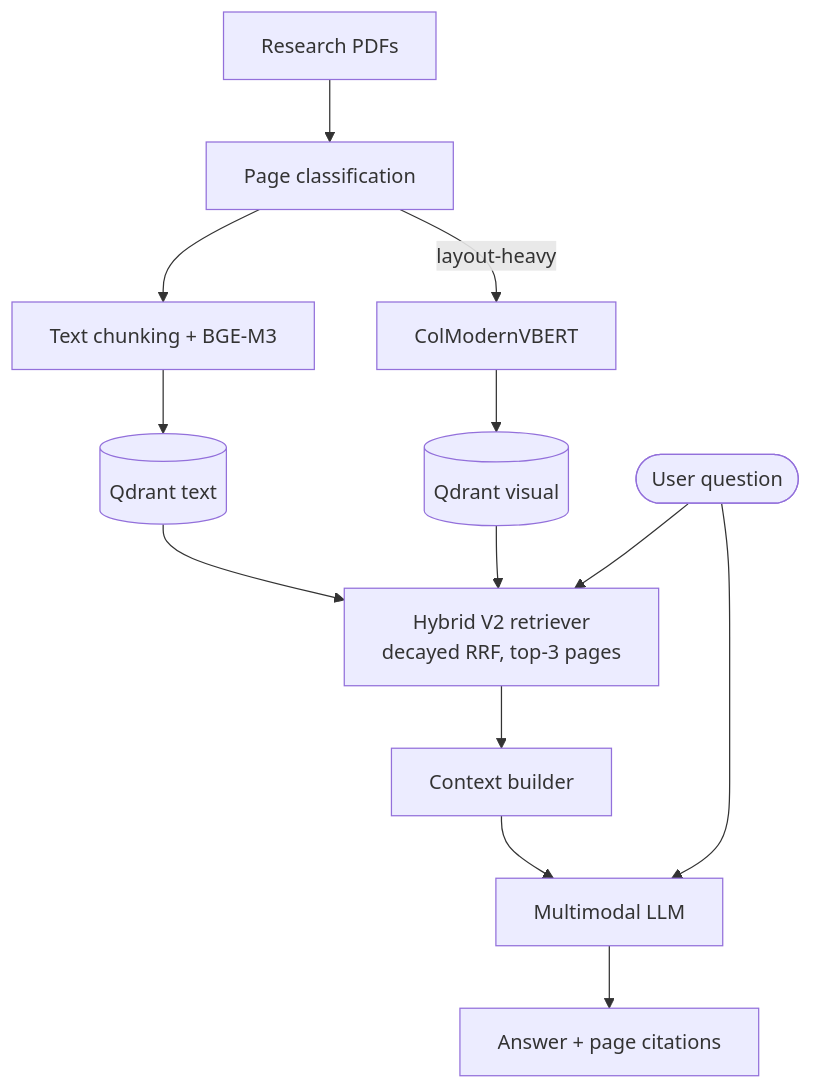
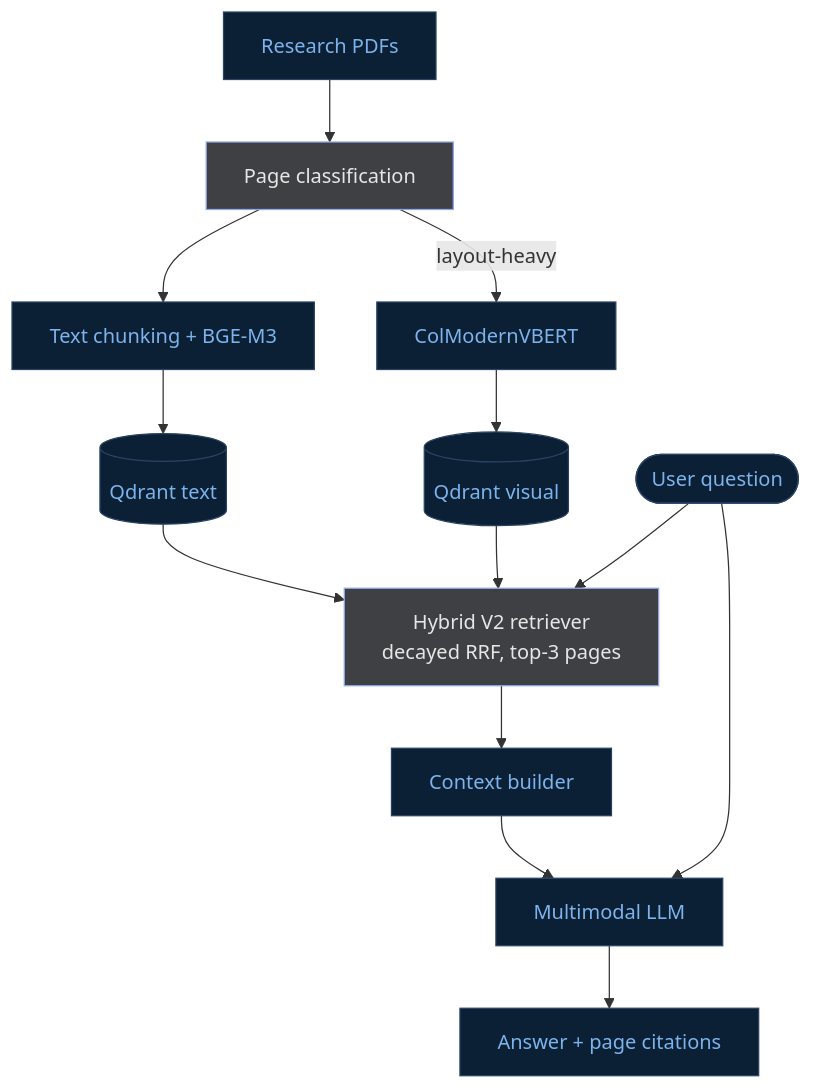
Before and after one commit to sagarrsv/hybrid_rag_for_complex_docs: the diagram in README.md, drawn with Mermaid. The commit also changed other lines of this file, not shown here.

````diff
--- a/README.md
+++ b/README.md
@@ -23,15 +23,21 @@
 ```mermaid
 flowchart TD
     A[Research PDFs] --> B[Page classification]
     B --> C[Text chunking + BGE-M3]
     B -->|layout-heavy| D[ColModernVBERT]
     C --> E[(Qdrant text)]
     D --> F[(Qdrant visual)]
     E --> G[Hybrid V2 retriever<br/>decayed RRF, top-3 pages]
     F --> G
     Q([User question]) --> G
     G --> H[Context builder]
     H --> I[Multimodal LLM]
     Q --> I
     I --> J[Answer + page citations]
+
+    classDef navy fill:#0b2035,stroke:#2a4365,color:#7db3ec,stroke-width:1px
+    classDef grey fill:#3f4044,stroke:#8fa8e8,color:#e6e6e6,stroke-width:1px
+
+    class A,C,D,E,F,H,I,J,Q navy
+    class B,G grey
 ```
````
